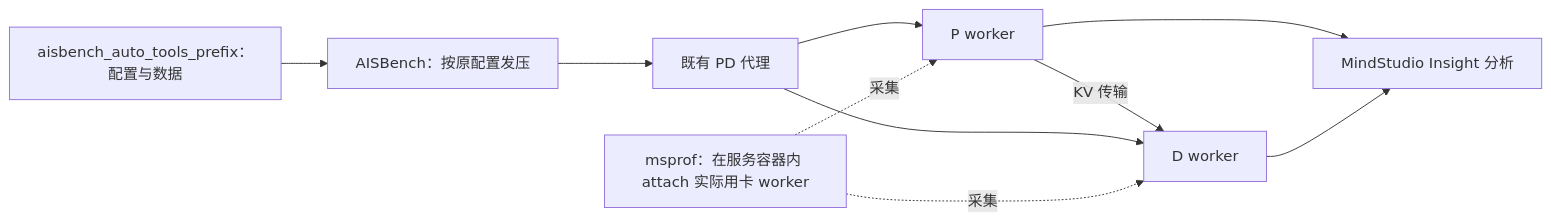
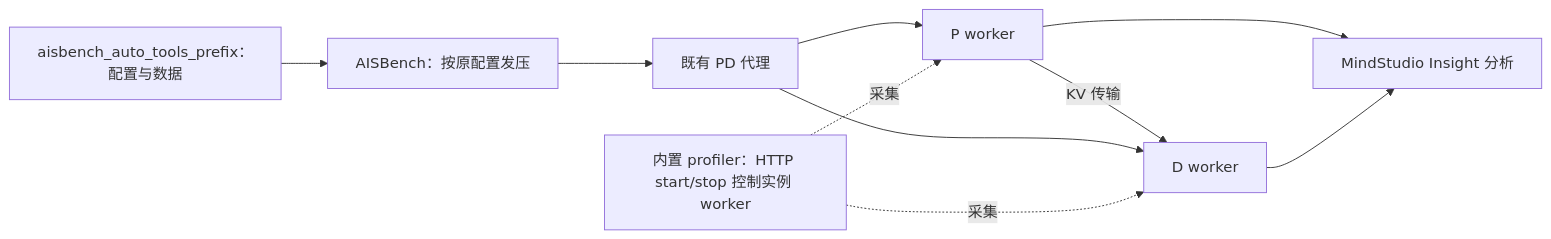
Before and after one commit to nobodycan/blue_working: the diagram in ascend_pd_profiling_2026-10-26/01_完整解决思路.md, drawn with Mermaid. The commit also changed other lines of this file and 14 other files, not shown here.

Commit message:
fix: use vLLM HTTP profiler for existing AISBench workflow

````diff
--- a/ascend_pd_profiling_2026-10-26/01_完整解决思路.md
+++ b/ascend_pd_profiling_2026-10-26/01_完整解决思路.md
@@ -9,12 +11,12 @@
 ```mermaid
 flowchart LR
   A[aisbench_auto_tools_prefix：配置与数据] --> B[AISBench：按原配置发压]
   B --> R[既有 PD 代理]
   R --> P[P worker]
   P -->|KV 传输| D[D worker]
   R --> D
-  M[msprof：在服务容器内 attach 实际用卡 worker] -.采集.-> P
+  M[内置 profiler：HTTP start/stop 控制实例 worker] -.采集.-> P
   M -.采集.-> D
   P --> I[MindStudio Insight 分析]
   D --> I
 ```
````
